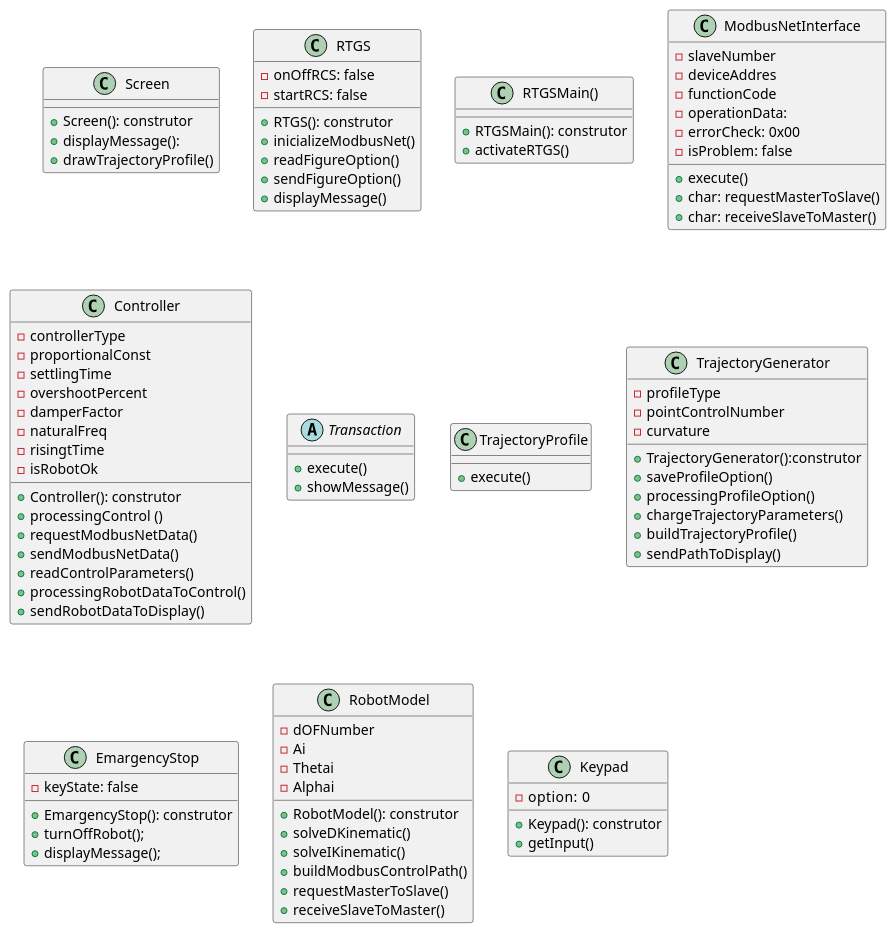
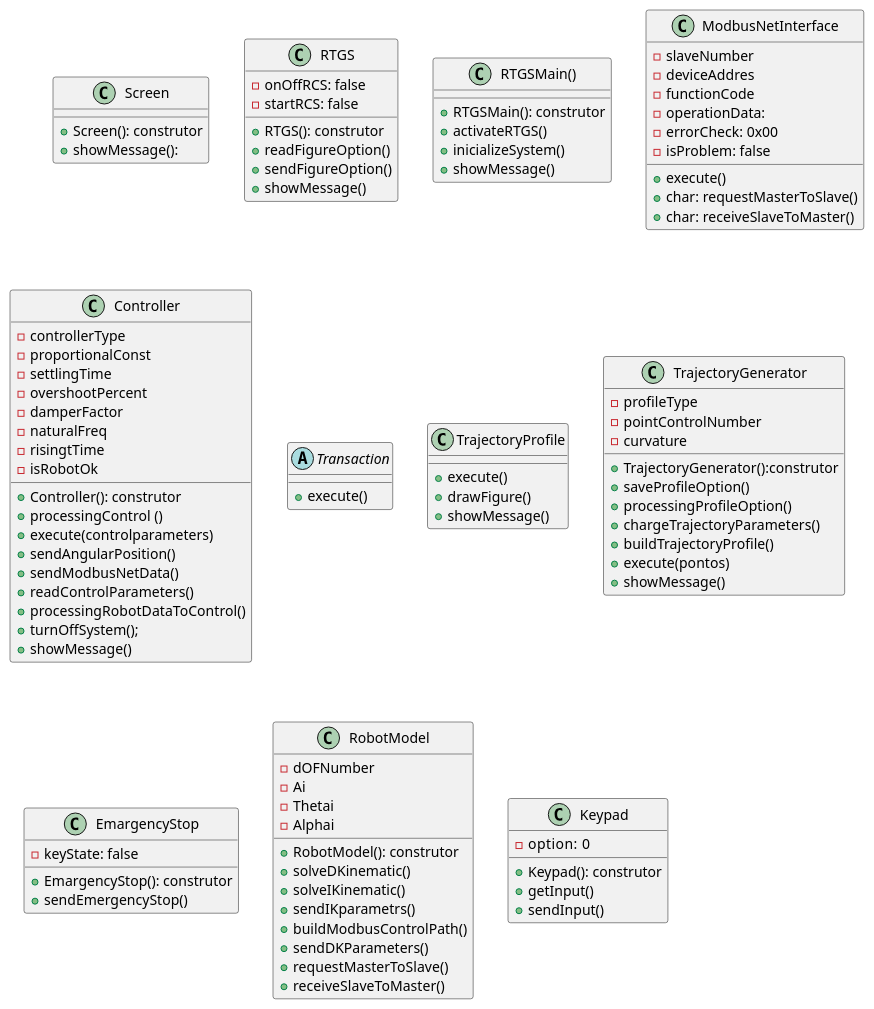
Before and after one commit to MarcioFreitasUFSC21/RTGS-Master-Course-System: the diagram in ClasseRTGS.plantuml, drawn with PlantUML. The commit also changed 1 other file, not shown here.

Commit message:
Colaboration diagrams read and Class diagrams have concluded

```diff
--- a/ClasseRTGS.plantuml
+++ b/ClasseRTGS.plantuml
@@ -1,90 +1,98 @@
 @startuml
 Class Screen{
     + Screen(): construtor
-    + displayMessage():
-    + drawTrajectoryProfile()
+    + showMessage():
    
 }
 Class RTGS{
     - onOffRCS: false
     - startRCS: false
     + RTGS(): construtor
-    + inicializeModbusNet()
     + readFigureOption()
     + sendFigureOption()
-    + displayMessage()
+    + showMessage()
+    
 }
 Class RTGSMain(){
     + RTGSMain(): construtor
     + activateRTGS()
+    + inicializeSystem()
+    + showMessage()
 }
 Class ModbusNetInterface{
     - slaveNumber
     - deviceAddres
     - functionCode
     - operationData: 
     - errorCheck: 0x00
     - isProblem: false
     + execute()
     + char: requestMasterToSlave()
     + char: receiveSlaveToMaster()
 }
 Class Controller{
     - controllerType
     - proportionalConst
     - settlingTime
     - overshootPercent
     - damperFactor
     - naturalFreq
     - risingtTime
     - isRobotOk
     + Controller(): construtor
     + processingControl ()
-    + requestModbusNetData()
+    + execute(controlparameters)
+    + sendAngularPosition()
     + sendModbusNetData()
     + readControlParameters()
     + processingRobotDataToControl()
-    + sendRobotDataToDisplay()
+    + turnOffSystem();
+    + showMessage()
 }
 abstract class Transaction{
     + execute()
-    + showMessage()
 }
 class TrajectoryProfile{
     + execute()
+    + drawFigure()
+    + showMessage()
 }
 class TrajectoryGenerator{
     -  profileType
     -  pointControlNumber
     -  curvature
     + TrajectoryGenerator():construtor
     + saveProfileOption()
     + processingProfileOption()
     + chargeTrajectoryParameters()
     + buildTrajectoryProfile()
-    + sendPathToDisplay()
+    + execute(pontos)
+    + showMessage()
 }
 class EmargencyStop{
     - keyState: false
     + EmargencyStop(): construtor
-    + turnOffRobot(); 
-    + displayMessage();
+    + sendEmergencyStop()
+     
 }
 class RobotModel{
     - dOFNumber
     - Ai
     - Thetai
     - Alphai
     + RobotModel(): construtor
     + solveDKinematic()
     + solveIKinematic()
+    + sendIKparametrs()
     + buildModbusControlPath()
+    + sendDKParameters()
     + requestMasterToSlave()
     + receiveSlaveToMaster()
 }
 class Keypad{
     - option:  0
     + Keypad(): construtor
     + getInput()
+    + sendInput()
 }
 @enduml
```
